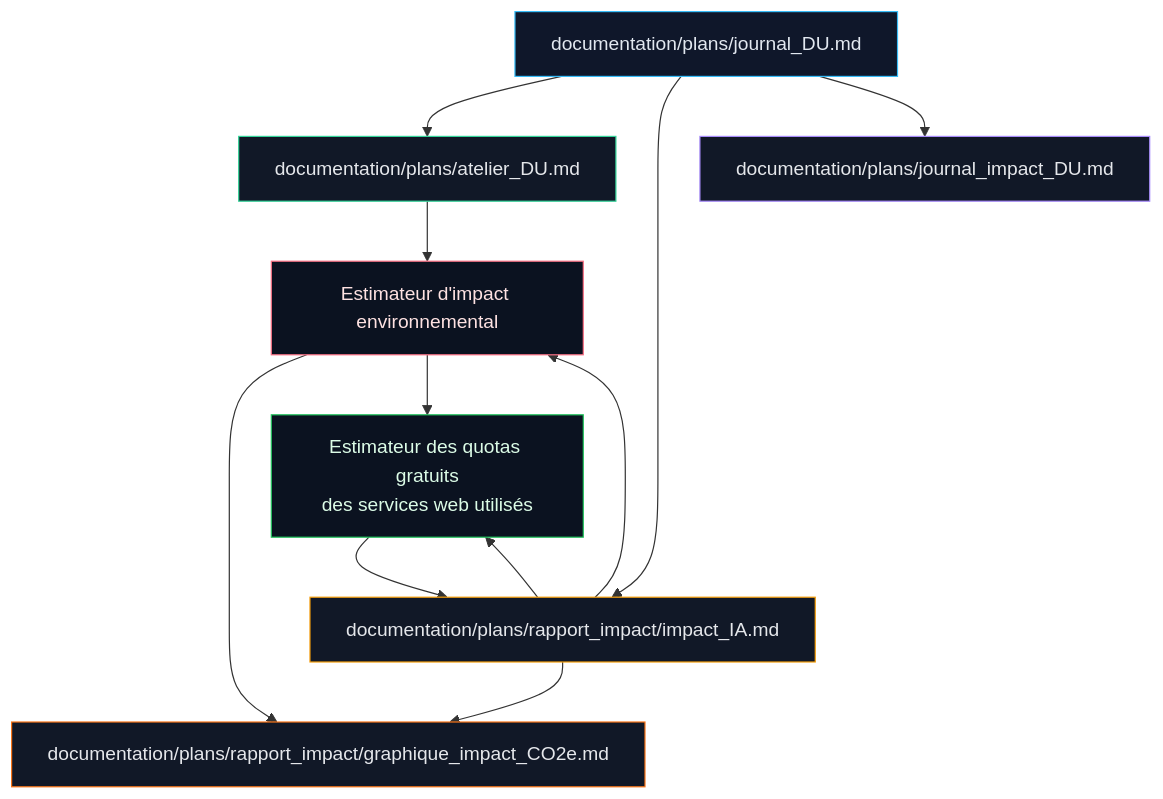
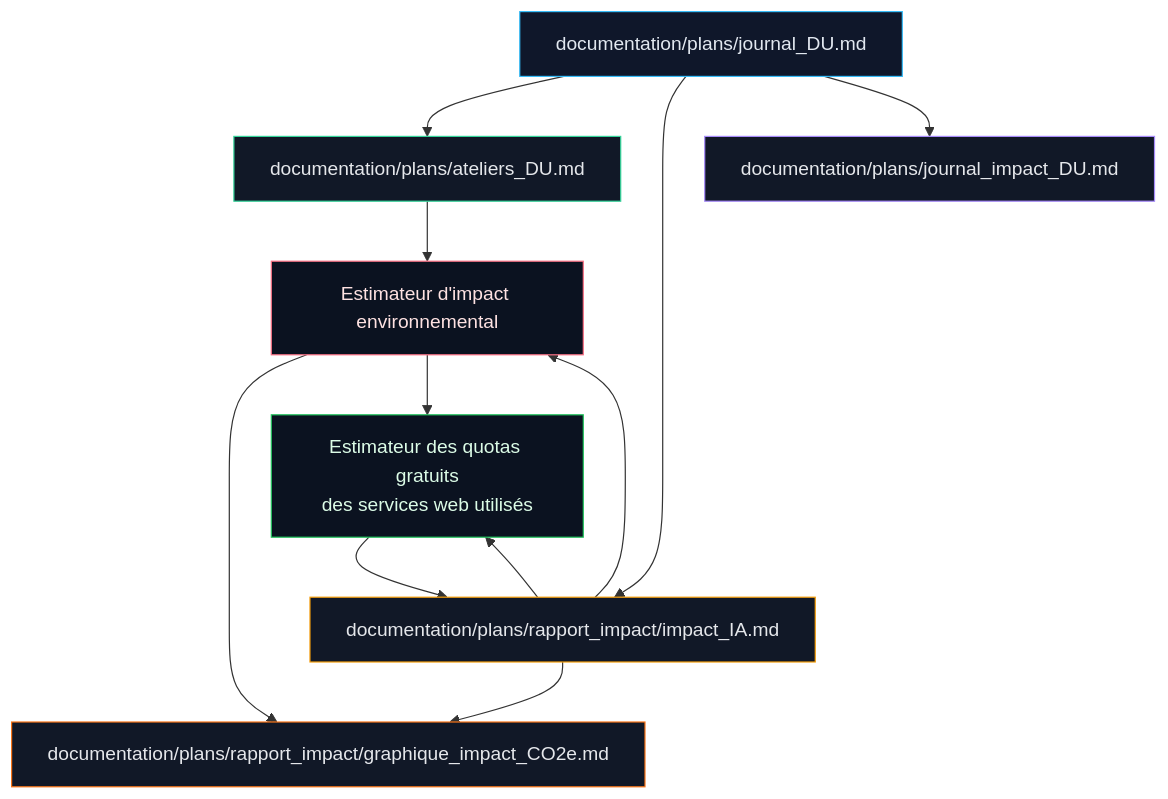
One commit to maxd4/CleanmyMap changed the diagram in documentation/plans/journal_impact_DU.md. Above: the diagram before and after it, drawn with Mermaid. The commit also changed other lines of this file and 368 other files, not shown here.

````diff
--- a/documentation/plans/journal_impact_DU.md
+++ b/documentation/plans/journal_impact_DU.md
@@ -30,29 +30,29 @@
 ```mermaid
 flowchart TD
   JD["documentation/plans/journal_DU.md"]
-  AJ["documentation/plans/atelier_DU.md"]
+  AJ["documentation/plans/ateliers_DU.md"]
   RI["documentation/plans/rapport_impact/impact_IA.md"]
   GI["documentation/plans/rapport_impact/graphique_impact_CO2e.md"]
   JI["documentation/plans/journal_impact_DU.md"]
   EI["Estimateur d'impact environnemental"]
   QG["Estimateur des quotas gratuits<br/>des services web utilisés"]
 
   JD --> AJ
   JD --> RI
   JD --> JI
   RI --> GI
   RI --> EI
   RI --> QG
   AJ --> EI
   EI --> GI
   EI --> QG
   QG --> RI
 
   style JD fill:#0f172a,stroke:#38bdf8,color:#e2e8f0
   style AJ fill:#111827,stroke:#34d399,color:#e5e7eb
   style RI fill:#111827,stroke:#f59e0b,color:#e5e7eb
   style GI fill:#111827,stroke:#f97316,color:#e5e7eb
   style JI fill:#111827,stroke:#a78bfa,color:#e5e7eb
   style EI fill:#0b1220,stroke:#fb7185,color:#fee2e2
   style QG fill:#0b1220,stroke:#22c55e,color:#dcfce7
 ```
````
